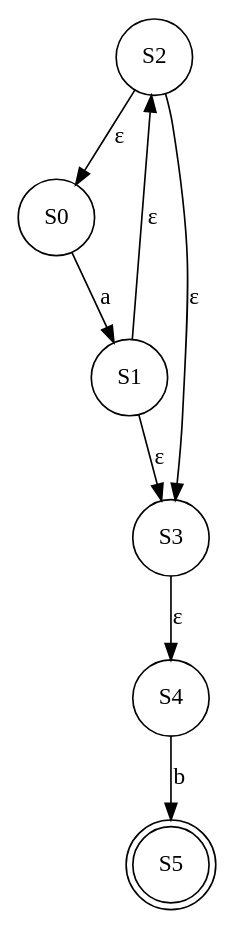
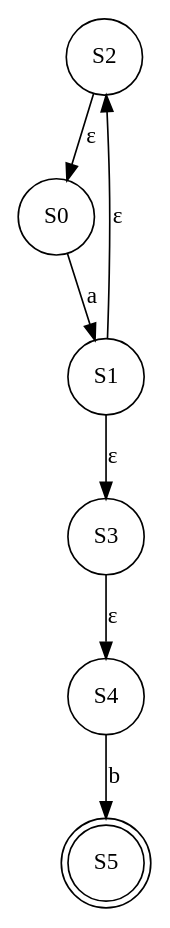
Before and after one commit to OmarPerezReyes/GenerateRegexAndFSM: the diagram in iti-271154_eq_03_u2/iti-271154_eq_03_u2_source/output/nfa.gv, drawn with Graphviz. The commit also changed 15 other files, not shown here.

```diff
--- a/iti-271154_eq_03_u2/iti-271154_eq_03_u2_source/output/nfa.gv
+++ b/iti-271154_eq_03_u2/iti-271154_eq_03_u2_source/output/nfa.gv
@@ -1,15 +1,14 @@
 digraph {
 	S2 [shape=circle]
 	S2 -> S0 [label="ε"]
-	S2 -> S3 [label="ε"]
 	S0 [shape=circle]
 	S0 -> S1 [label=a]
-	S3 [shape=circle]
-	S3 -> S4 [label="ε"]
 	S1 [shape=circle]
 	S1 -> S2 [label="ε"]
 	S1 -> S3 [label="ε"]
+	S3 [shape=circle]
+	S3 -> S4 [label="ε"]
 	S4 [shape=circle]
 	S4 -> S5 [label=b]
 	S5 [shape=doublecircle]
 }
```
